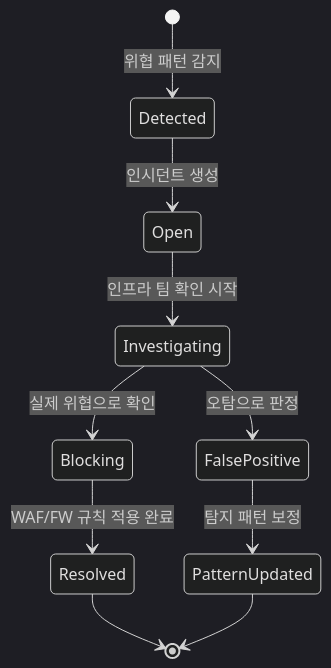
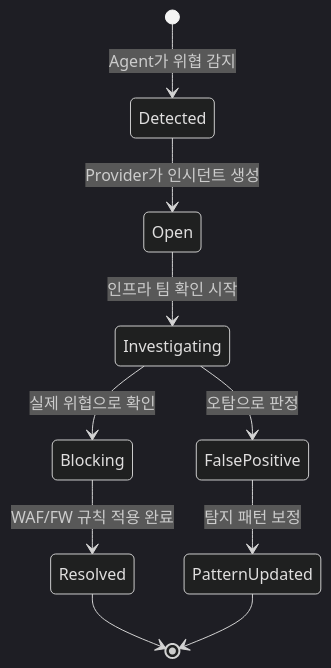
Before and after one commit to chjcmy/study: diagram 15 of 21 in azure/projects/log-doctor-plan.md, drawn with Mermaid (dark theme). The commit also changed other lines of this file, not shown here.

````diff
--- a/azure/projects/log-doctor-plan.md
+++ b/azure/projects/log-doctor-plan.md
@@ -638,16 +591,16 @@
 ```mermaid
 stateDiagram-v2
-    [*] --> Detected: 위협 패턴 감지
+    [*] --> Detected: Agent가 위협 감지
 
-    Detected --> Open: 인시던트 생성
+    Detected --> Open: Provider가 인시던트 생성
     Open --> Investigating: 인프라 팀 확인 시작
-    
+
     Investigating --> Blocking: 실제 위협으로 확인
     Investigating --> FalsePositive: 오탐으로 판정
 
     Blocking --> Resolved: WAF/FW 규칙 적용 완료
     FalsePositive --> PatternUpdated: 탐지 패턴 보정
 
     Resolved --> [*]
     PatternUpdated --> [*]
 ```
````
